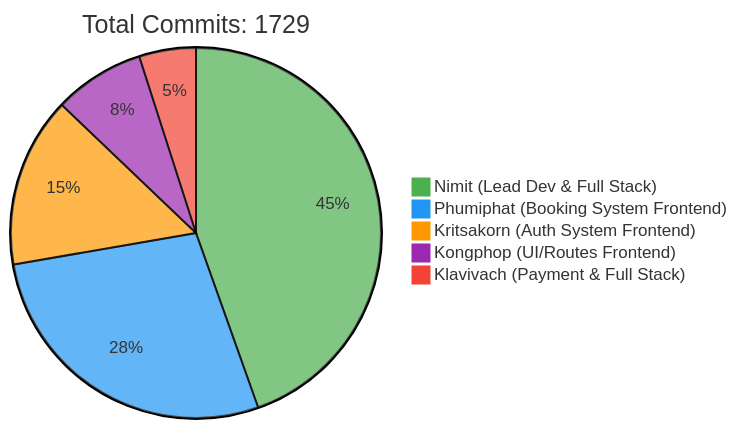
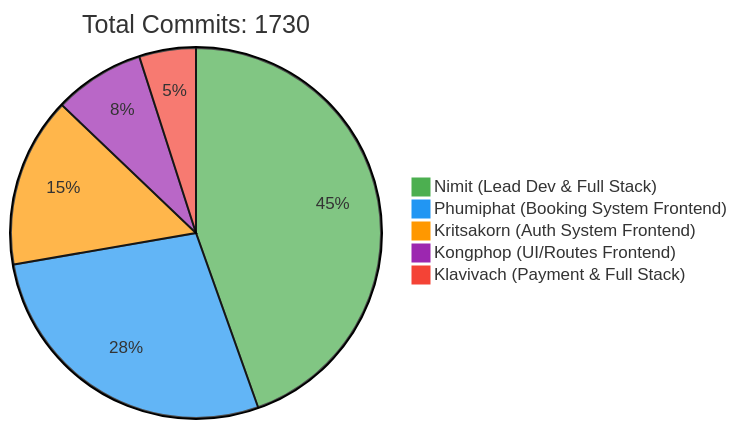
Before and after one commit to 6531503042/Sport-Complex: the first of 2 diagrams in README.md, drawn with Mermaid. The commit also changed other lines of this file, not shown here.

Commit message:
docs: Update contributor statistics [skip ci]

````diff
--- a/README.md
+++ b/README.md
@@ -257,10 +257,10 @@
 ```mermaid
 %%{init: {'theme': 'base', 'themeVariables': { 'pie1': '#4CAF50', 'pie2': '#2196F3', 'pie3': '#FF9800', 'pie4': '#9C27B0', 'pie5': '#F44336'}}}%%
 pie
-    title Total Commits: 1729
+    title Total Commits: 1730
     "Nimit (Lead Dev & Full Stack)" : 450
     "Phumiphat (Booking System Frontend)" : 280
     "Kritsakorn (Auth System Frontend)" : 150
     "Kongphop (UI/Routes Frontend)" : 80
     "Klavivach (Payment & Full Stack)" : 50
 ```
````
